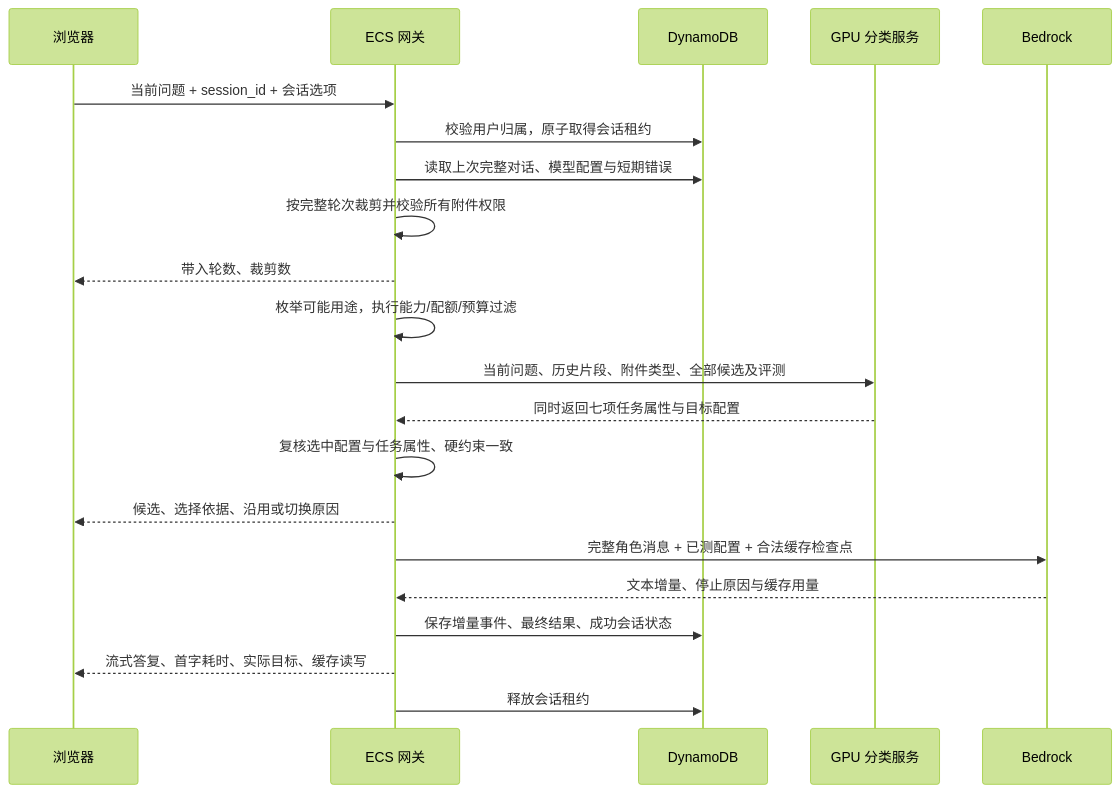
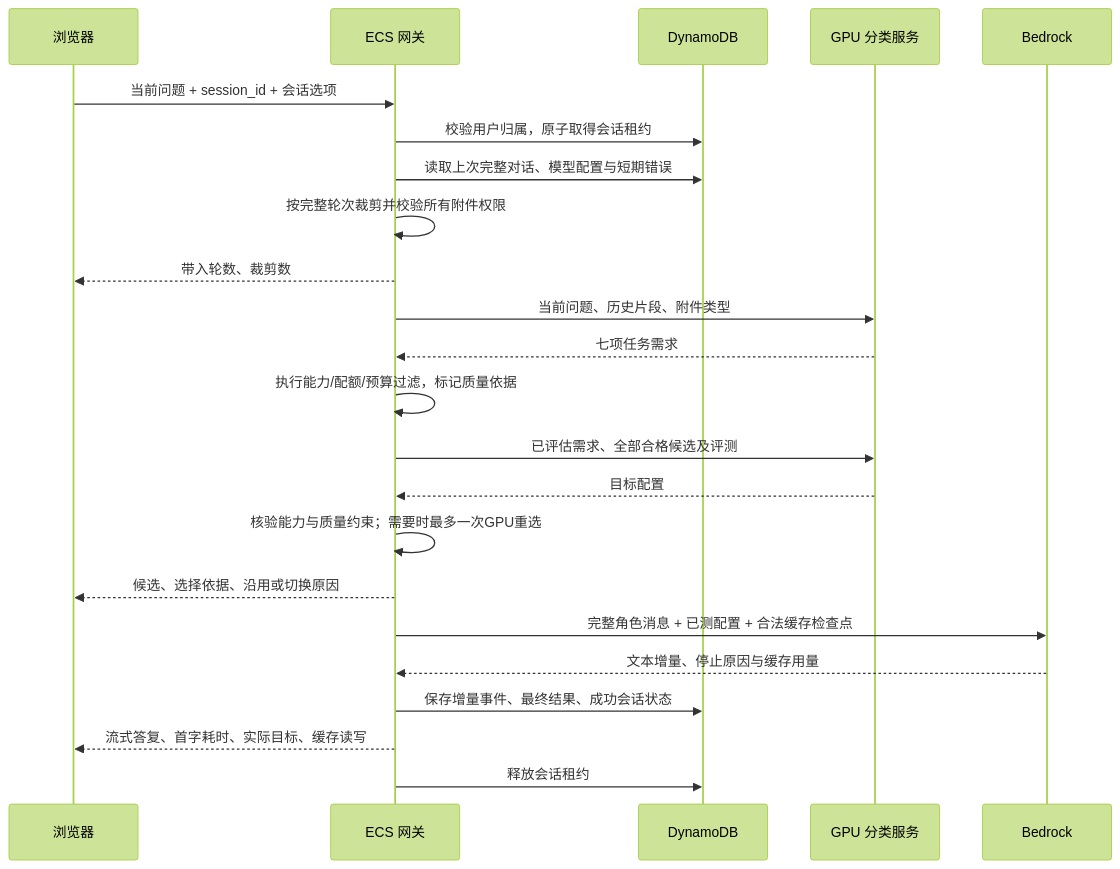
One commit to milan9527/DeciderModelRouter changed the diagram in docs/SESSION_ROUTING.zh.md. Above: the diagram before and after it, drawn with Mermaid (forest theme). The commit also changed other lines of this file and 237 other files, not shown here.

````diff
--- a/docs/SESSION_ROUTING.zh.md
+++ b/docs/SESSION_ROUTING.zh.md
@@ -40,23 +40,25 @@
 ```mermaid
 sequenceDiagram
     participant UI as 浏览器
     participant API as ECS 网关
     participant DB as DynamoDB
     participant GPU as GPU 分类服务
     participant BR as Bedrock
     UI->>API: 当前问题 + session_id + 会话选项
     API->>DB: 校验用户归属，原子取得会话租约
     API->>DB: 读取上次完整对话、模型配置与短期错误
     API->>API: 按完整轮次裁剪并校验所有附件权限
     API-->>UI: 带入轮数、裁剪数
-    API->>API: 枚举可能用途，执行能力/配额/预算过滤
-    API->>GPU: 当前问题、历史片段、附件类型、全部候选及评测
-    GPU-->>API: 同时返回七项任务属性与目标配置
-    API->>API: 复核选中配置与任务属性、硬约束一致
+    API->>GPU: 当前问题、历史片段、附件类型
+    GPU-->>API: 七项任务需求
+    API->>API: 执行能力/配额/预算过滤，标记质量依据
+    API->>GPU: 已评估需求、全部合格候选及评测
+    GPU-->>API: 目标配置
+    API->>API: 核验能力与质量约束；需要时最多一次GPU重选
     API-->>UI: 候选、选择依据、沿用或切换原因
     API->>BR: 完整角色消息 + 已测配置 + 合法缓存检查点
     BR-->>API: 文本增量、停止原因与缓存用量
     API->>DB: 保存增量事件、最终结果、成功会话状态
     API-->>UI: 流式答复、首字耗时、实际目标、缓存读写
     API->>DB: 释放会话租约
 ```
````
